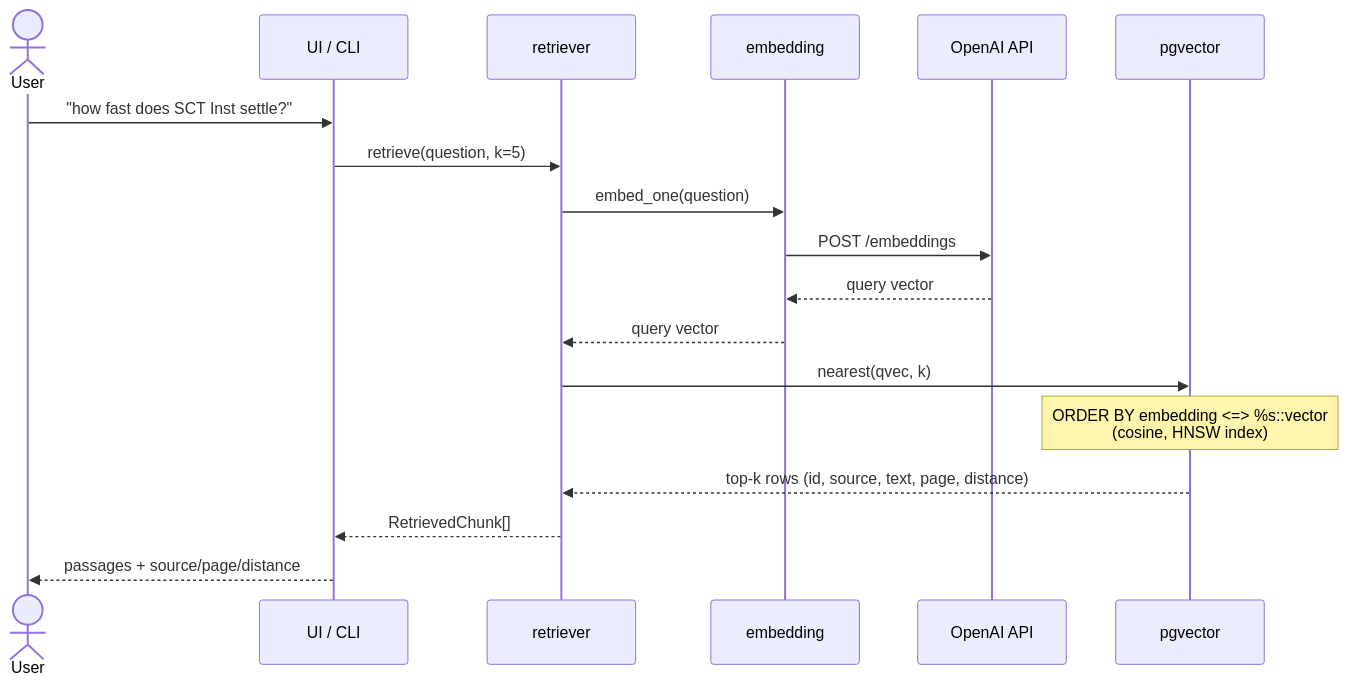
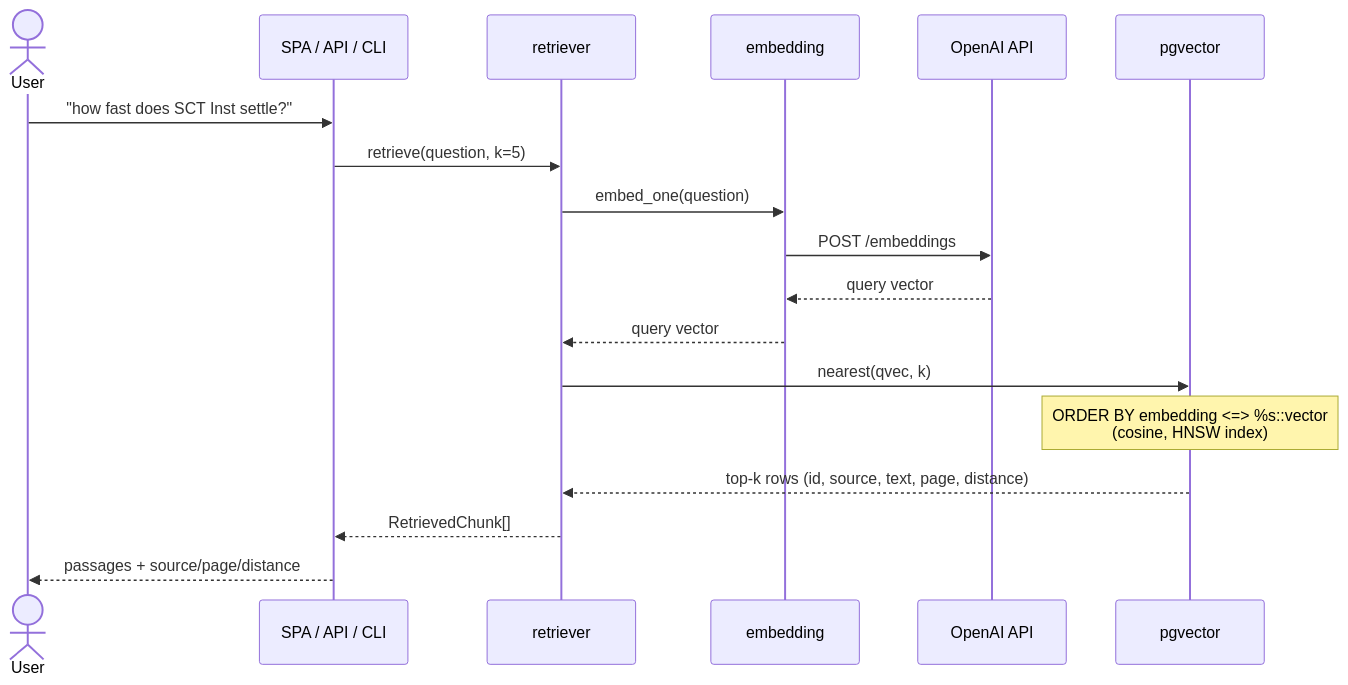
One commit to KucherenkoSerhiy/payments-rag changed the third of 4 diagrams in docs/architecture.md. Above: the diagram before and after it, drawn with Mermaid. The commit also changed other lines of this file, not shown here.

First line of the commit message:
M7: refresh architecture.md to current three-tier reality

````diff
--- a/docs/architecture.md
+++ b/docs/architecture.md
@@ -77,21 +100,21 @@
 ```mermaid
 sequenceDiagram
     actor User
-    participant UI as UI / CLI
+    participant UI as SPA / API / CLI
     participant RT as retriever
     participant EM as embedding
     participant OAI as OpenAI API
     participant DB as pgvector
 
     User->>UI: "how fast does SCT Inst settle?"
     UI->>RT: retrieve(question, k=5)
     RT->>EM: embed_one(question)
     EM->>OAI: POST /embeddings
     OAI-->>EM: query vector
     EM-->>RT: query vector
     RT->>DB: nearest(qvec, k)
     Note over DB: ORDER BY embedding <=> %s::vector<br/>(cosine, HNSW index)
     DB-->>RT: top-k rows (id, source, text, page, distance)
     RT-->>UI: RetrievedChunk[]
     UI-->>User: passages + source/page/distance
 ```
````
